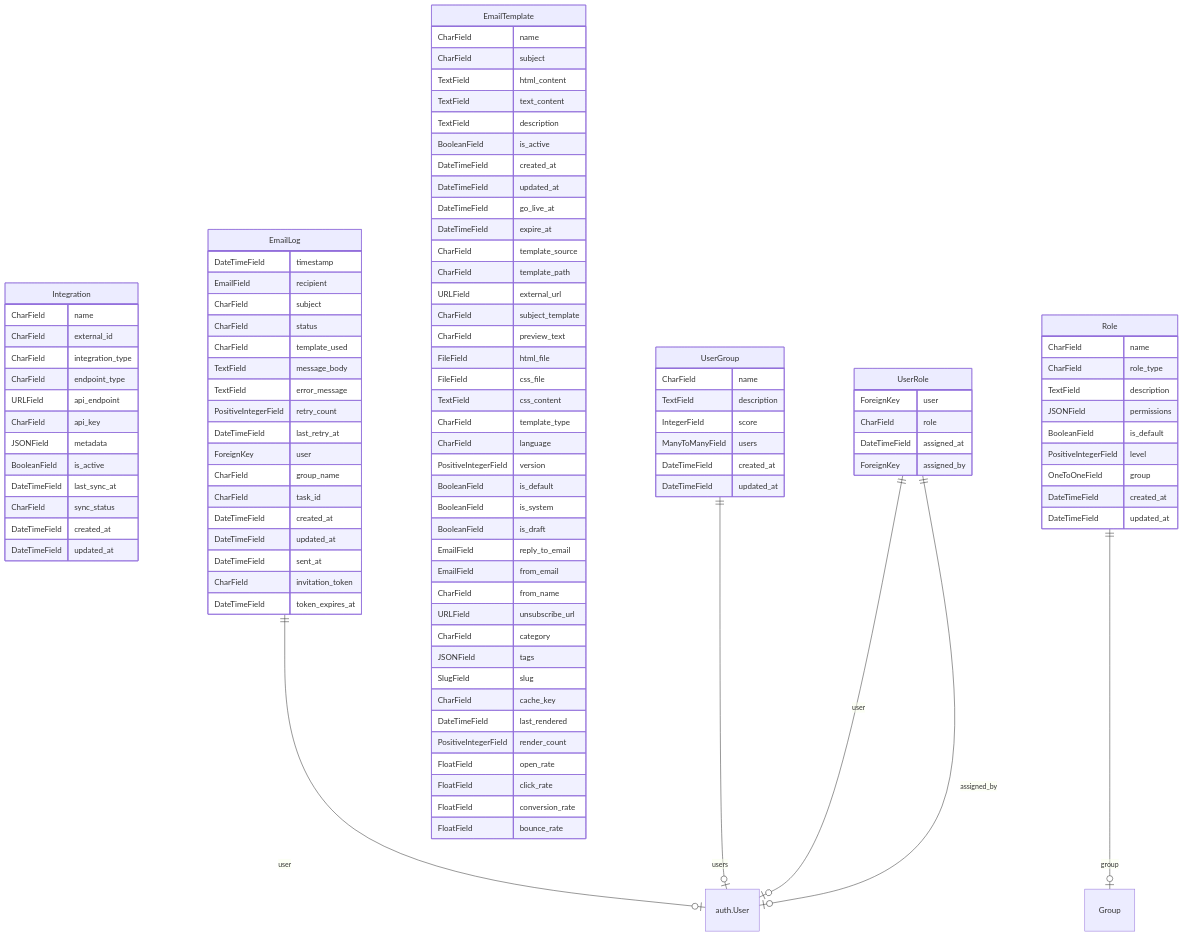
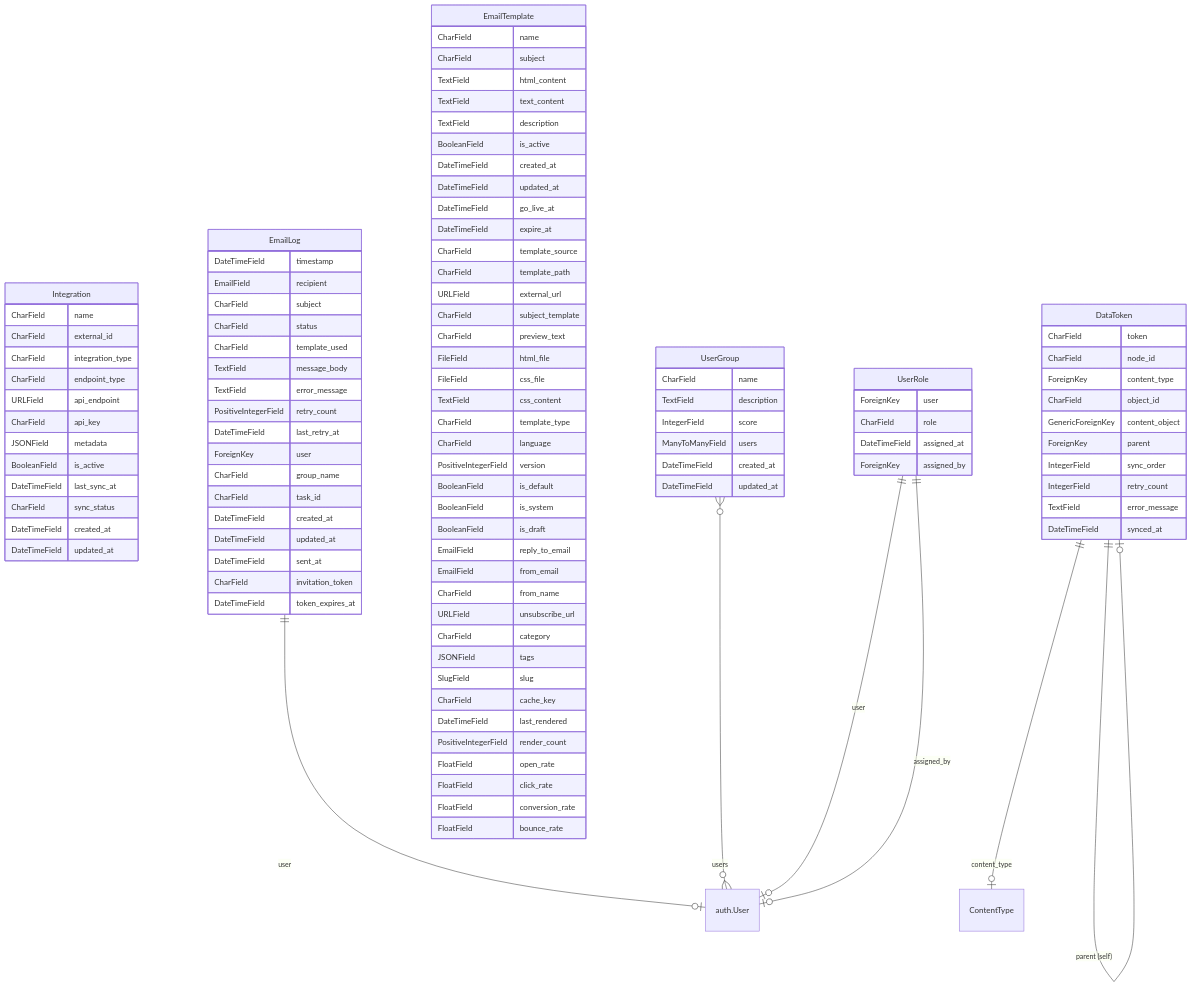
Before and after one commit to mammhoud/django-fusion: the diagram in src/django_fusion/design.md, drawn with Mermaid. The commit also changed 175 other files, not shown here.

````diff
--- a/src/django_fusion/design.md
+++ b/src/django_fusion/design.md
@@ -104,21 +104,23 @@
         DateTimeField assigned_at
         ForeignKey assigned_by
     }
-    Role {
-        CharField name
-        CharField role_type
-        TextField description
-        JSONField permissions
-        BooleanField is_default
-        PositiveIntegerField level
-        OneToOneField group
-        DateTimeField created_at
-        DateTimeField updated_at
+    DataToken {
+        CharField token
+        CharField node_id
+        ForeignKey content_type
+        CharField object_id
+        GenericForeignKey content_object
+        ForeignKey parent
+        IntegerField sync_order
+        IntegerField retry_count
+        TextField error_message
+        DateTimeField synced_at
     }
 
-    EmailLog ||--o| auth.User : user
-    UserGroup ||--o| auth.User : users
-    UserRole ||--o| auth.User : user
-    UserRole ||--o| auth.User : assigned_by
-    Role ||--o| Group : group
+    EmailLog ||--o| "auth.User" : "user"
+    UserGroup }o--o{ "auth.User" : "users"
+    UserRole ||--o| "auth.User" : "user"
+    UserRole ||--o| "auth.User" : "assigned_by"
+    DataToken ||--o| ContentType : "content_type"
+    DataToken ||--o| DataToken : "parent (self)"
 ```
````
